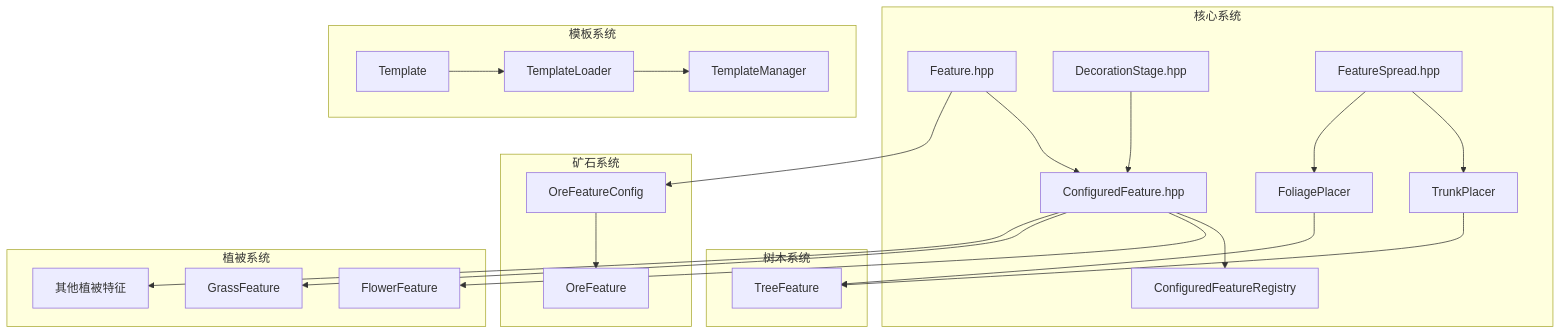
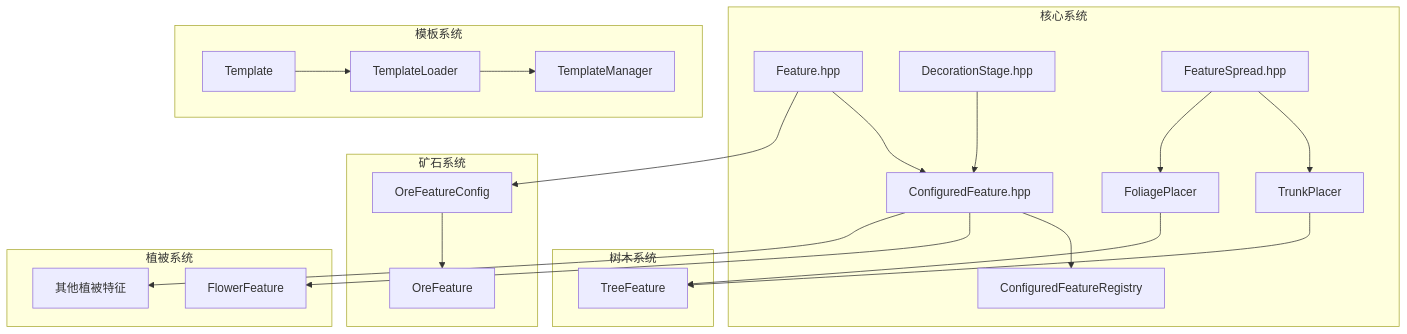
One commit to g122622/Cubium changed the diagram in src/common/world/gen/feature/README.md. Above: the diagram before and after it, drawn with Mermaid. The commit also changed other lines of this file and 20 other files, not shown here.

````diff
--- a/src/common/world/gen/feature/README.md
+++ b/src/common/world/gen/feature/README.md
@@ -66,31 +64,30 @@
 ```mermaid
 graph TB
     subgraph 核心系统
         A[Feature.hpp] --> B[ConfiguredFeature.hpp]
         B --> C[ConfiguredFeatureRegistry]
         D[DecorationStage.hpp] --> B
         E[FeatureSpread.hpp] --> F[TrunkPlacer]
         E --> G[FoliagePlacer]
     end
 
     subgraph 树木系统
         F --> H[TreeFeature]
         G --> H
     end
 
     subgraph 矿石系统
         A --> I[OreFeatureConfig]
         I --> J[OreFeature]
     end
 
     subgraph 植被系统
         B --> L[FlowerFeature]
-        B --> M[GrassFeature]
         B --> N[其他植被特征]
     end
 
     subgraph 模板系统
         R[Template] --> S[TemplateLoader]
         S --> T[TemplateManager]
     end
 ```
````
